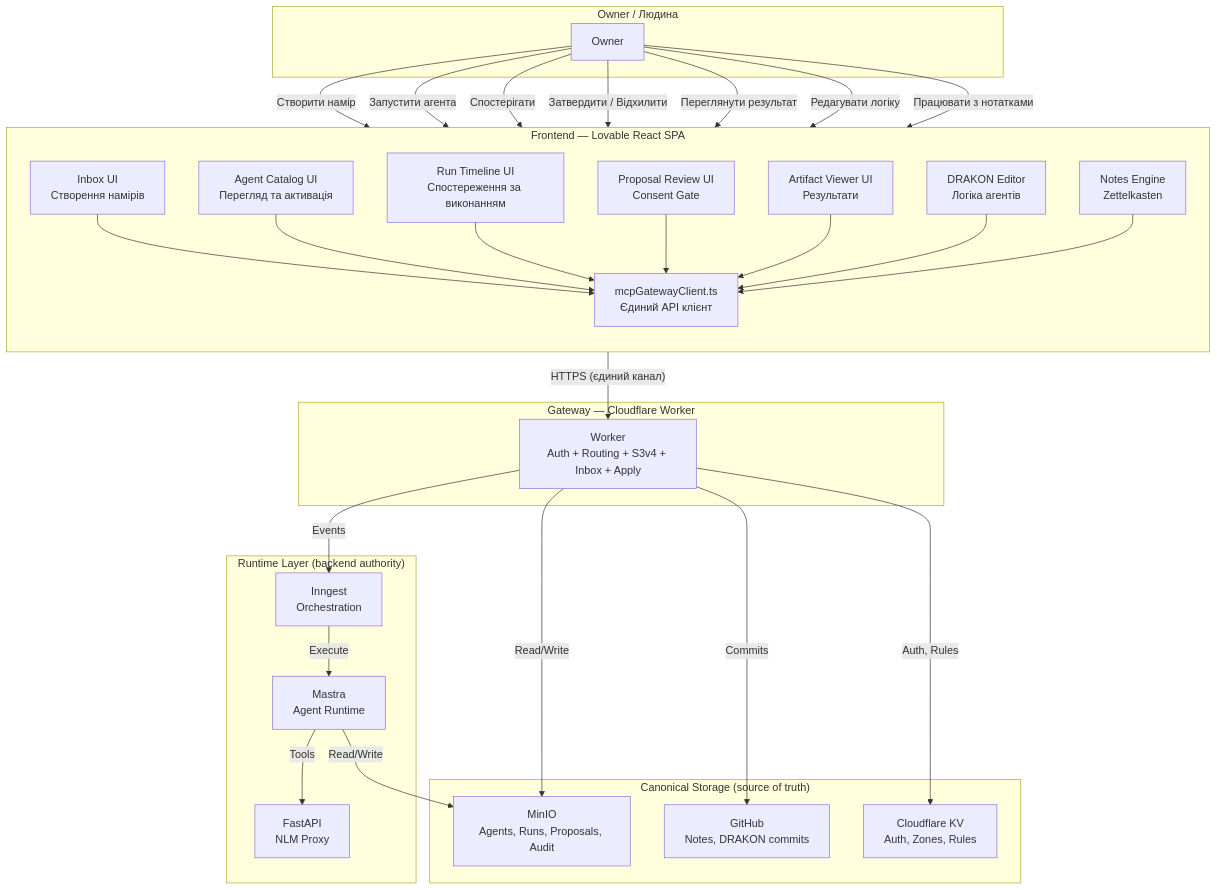
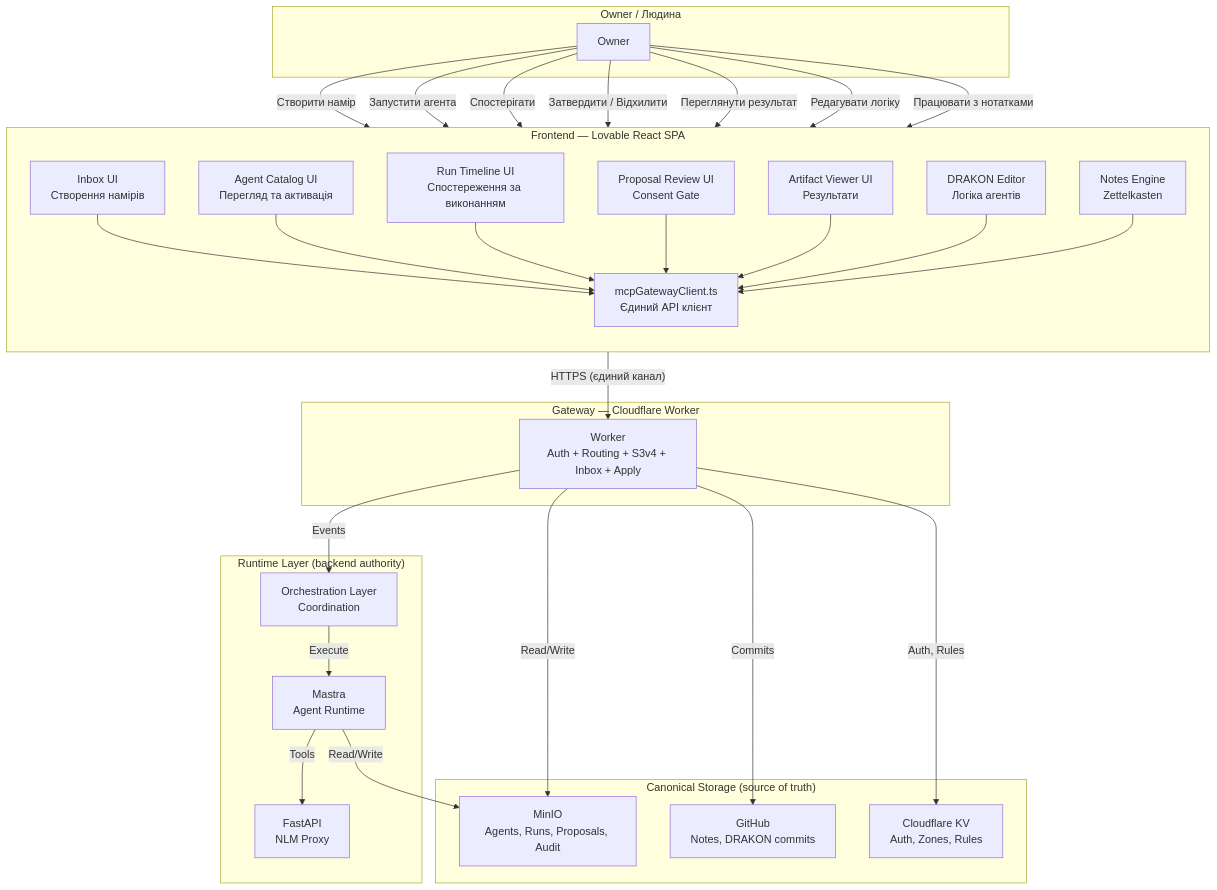
Before and after one commit to maxfraieho/garden-bloom: the second of 3 diagrams in docs/frontend/LOVABLE_УЗГОДЖЕННЯ_З_RUNTIME_АРХІТЕКТУРОЮ.md, drawn with Mermaid. The commit also changed other lines of this file and 29 other files, not shown here.

First line of the commit message:
docs: make runtime orchestration vendor-agnostic; remove Inngest refs from canonical docs

````diff
--- a/docs/frontend/LOVABLE_УЗГОДЖЕННЯ_З_RUNTIME_АРХІТЕКТУРОЮ.md
+++ b/docs/frontend/LOVABLE_УЗГОДЖЕННЯ_З_RUNTIME_АРХІТЕКТУРОЮ.md
@@ -319,55 +319,55 @@
 ```mermaid
 graph TB
     subgraph "Owner / Людина"
         H[Owner]
     end
 
     subgraph "Frontend — Lovable React SPA"
         direction TB
         F_INBOX[Inbox UI<br/>Створення намірів]
         F_CATALOG[Agent Catalog UI<br/>Перегляд та активація]
         F_TIMELINE[Run Timeline UI<br/>Спостереження за виконанням]
         F_REVIEW[Proposal Review UI<br/>Consent Gate]
         F_ARTIFACT[Artifact Viewer UI<br/>Результати]
         F_DRAKON[DRAKON Editor<br/>Логіка агентів]
         F_NOTES[Notes Engine<br/>Zettelkasten]
         F_CLIENT[mcpGatewayClient.ts<br/>Єдиний API клієнт]
     end
 
     subgraph "Gateway — Cloudflare Worker"
         W[Worker<br/>Auth + Routing + S3v4 + Inbox + Apply]
     end
 
     subgraph "Runtime Layer (backend authority)"
-        IG[Inngest<br/>Orchestration]
+        OL[Orchestration Layer<br/>Coordination]
         MA[Mastra<br/>Agent Runtime]
         FA[FastAPI<br/>NLM Proxy]
     end
 
     subgraph "Canonical Storage (source of truth)"
         S3[MinIO<br/>Agents, Runs, Proposals, Audit]
         GH[GitHub<br/>Notes, DRAKON commits]
         KV[Cloudflare KV<br/>Auth, Zones, Rules]
     end
 
     H -->|Створити намір| F_INBOX
     H -->|Запустити агента| F_CATALOG
     H -->|Спостерігати| F_TIMELINE
     H -->|Затвердити / Відхилити| F_REVIEW
     H -->|Переглянути результат| F_ARTIFACT
     H -->|Редагувати логіку| F_DRAKON
     H -->|Працювати з нотатками| F_NOTES
 
     F_INBOX & F_CATALOG & F_TIMELINE & F_REVIEW & F_ARTIFACT & F_DRAKON & F_NOTES --> F_CLIENT
 
     F_CLIENT -->|"HTTPS (єдиний канал)"| W
 
-    W -->|Events| IG
+    W -->|Events| OL
     W -->|Read/Write| S3
     W -->|Commits| GH
     W -->|Auth, Rules| KV
 
-    IG -->|Execute| MA
+    OL -->|Execute| MA
     MA -->|Tools| FA
     MA -->|Read/Write| S3
 ```
````
